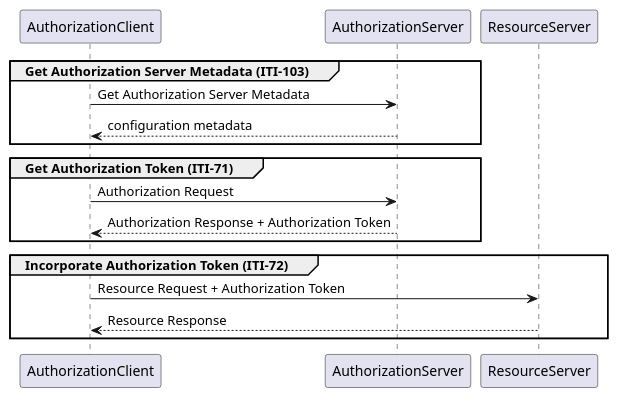
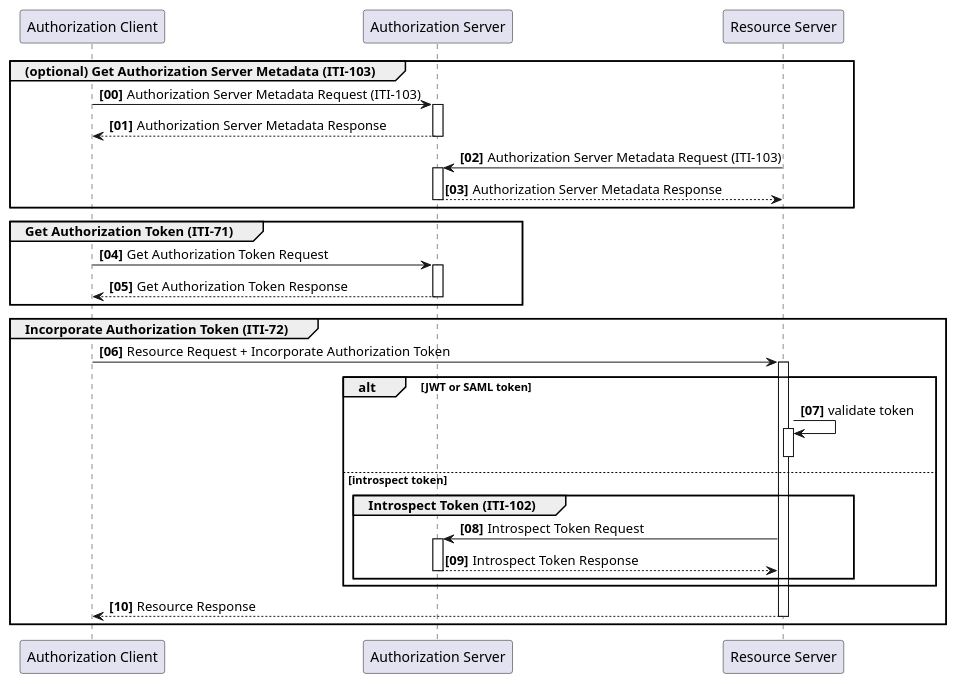
The first of 6 diagrams in IHE_ITI_Suppl_IUA.md (IHE/ITI.IUA), drawn with PlantUML before and after one commit. The commit also changed other lines of this file and 8 other files, not shown here.

````diff
--- a/IHE_ITI_Suppl_IUA.md
+++ b/IHE_ITI_Suppl_IUA.md
@@ -453,20 +444,47 @@
 ```plantuml
 @startuml basic-flow
+ 
+participant "Authorization Client" as Client
+participant "Authorization Server" as AS
+participant "Resource Server" as RS
+ 
+autonumber 0 1 "<b>[00]</b>"
+autoactivate on
+ 
+group (optional) Get Authorization Server Metadata (ITI-103)
+ 
+    Client-> AS : Authorization Server Metadata Request (ITI-103)
+    AS --> Client: Authorization Server Metadata Response
 
-group Get Authorization Server Metadata (ITI-103)
-AuthorizationClient -> AuthorizationServer : Get Authorization Server Metadata
-AuthorizationClient <-- AuthorizationServer : configuration metadata
+    RS-> AS : Authorization Server Metadata Request (ITI-103)
+    AS --> RS: Authorization Server Metadata Response
+
 end
+ 
+group Get Authorization Token (ITI-71)
+    Client -> AS: Get Authorization Token Request
+    Client <-- AS: Get Authorization Token Response 
+end
+ 
+group Incorporate Authorization Token (ITI-72)
+ 
+Client -> RS : Resource Request + Incorporate Authorization Token
+ 
+alt JWT or SAML token
+  RS -> RS: validate token
+  deactivate RS
+ 
+else introspect token
+ 
+  group Introspect Token (ITI-102)
+        RS -> AS : Introspect Token Request
+        AS --> RS: Introspect Token Response
+  end
+end
+ 
+Client <-- RS : Resource Response  
+end
+ 
+@enduml
 
-group Get Authorization Token (ITI-71)
-AuthorizationClient -> AuthorizationServer : Authorization Request
-AuthorizationClient <-- AuthorizationServer : Authorization Response + Authorization Token
-end
-
-group Incorporate Authorization Token (ITI-72)
-AuthorizationClient -> ResourceServer : Resource Request + Authorization Token
-AuthorizationClient <-- ResourceServer : Resource Response
-end
-
-@enduml
 ```
````
